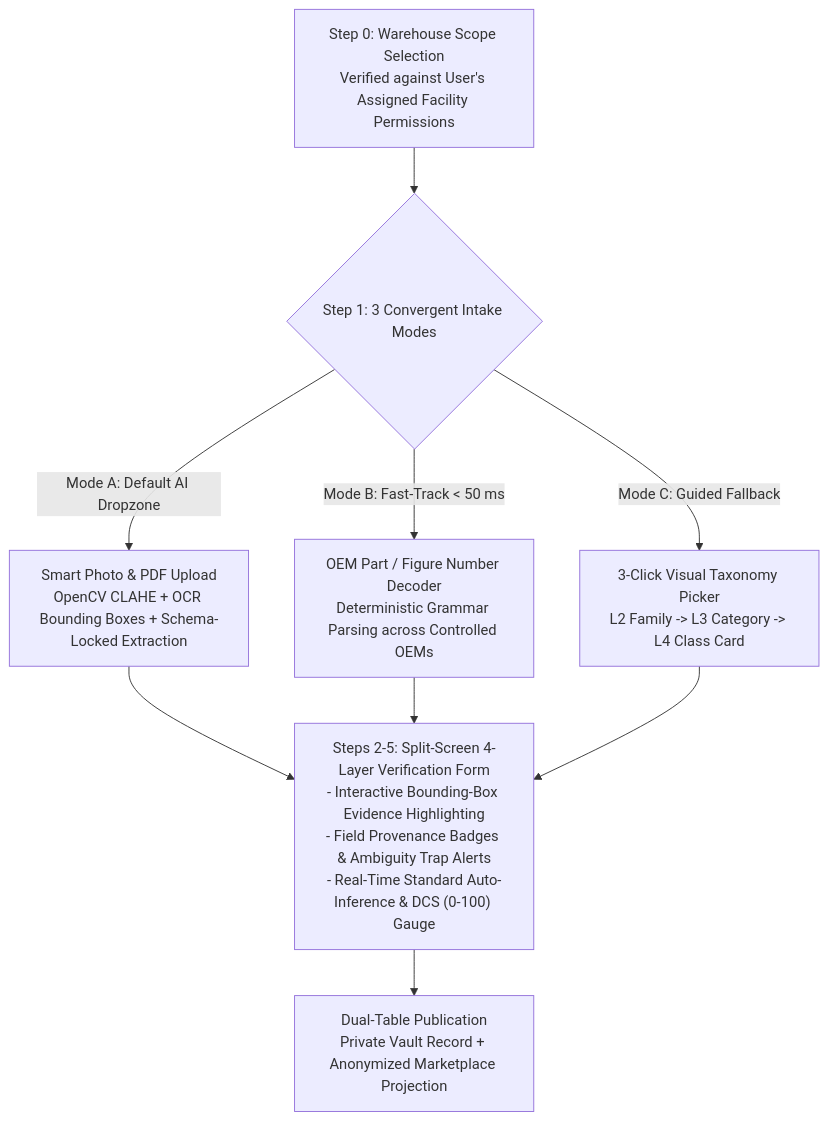
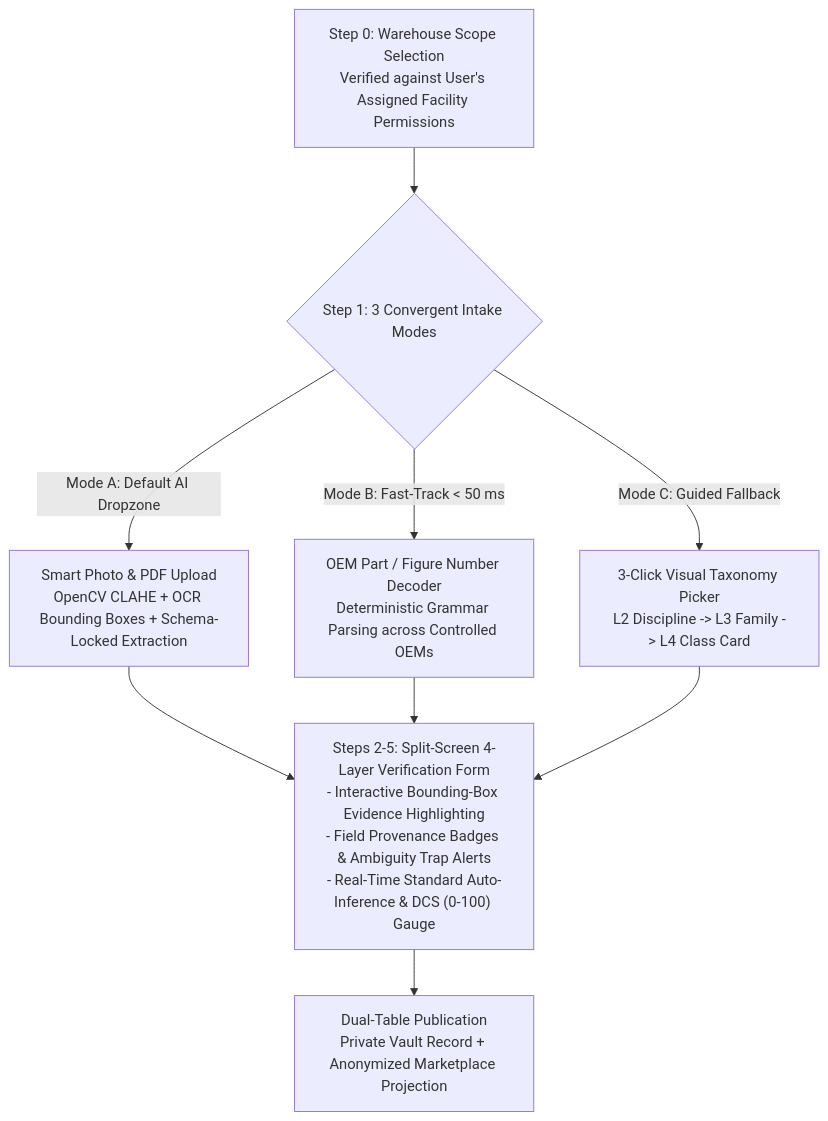
Before and after one commit to AliAhmed2007/ICX: the fourth of 7 diagrams in README.md, drawn with Mermaid. The commit also changed other lines of this file, not shown here.

````diff
--- a/README.md
+++ b/README.md
@@ -176,14 +222,14 @@
 ```mermaid
 flowchart TD
     S0["Step 0: Warehouse Scope Selection\nVerified against User's Assigned Facility Permissions"] --> S1{"Step 1: 3 Convergent Intake Modes"}
 
     S1 -->|"Mode A: Default AI Dropzone"| MA["Smart Photo & PDF Upload\nOpenCV CLAHE + OCR Bounding Boxes + Schema-Locked Extraction"]
     S1 -->|"Mode B: Fast-Track < 50 ms"| MB["OEM Part / Figure Number Decoder\nDeterministic Grammar Parsing across Controlled OEMs"]
-    S1 -->|"Mode C: Guided Fallback"| MC["3-Click Visual Taxonomy Picker\nL2 Family -> L3 Category -> L4 Class Card"]
+    S1 -->|"Mode C: Guided Fallback"| MC["3-Click Visual Taxonomy Picker\nL2 Discipline -> L3 Family -> L4 Class Card"]
 
     MA --> CONV["Steps 2-5: Split-Screen 4-Layer Verification Form\n- Interactive Bounding-Box Evidence Highlighting\n- Field Provenance Badges & Ambiguity Trap Alerts\n- Real-Time Standard Auto-Inference & DCS (0-100) Gauge"]
     MB --> CONV
     MC --> CONV
 
     CONV --> PUB["Dual-Table Publication\nPrivate Vault Record + Anonymized Marketplace Projection"]
 ```
````
